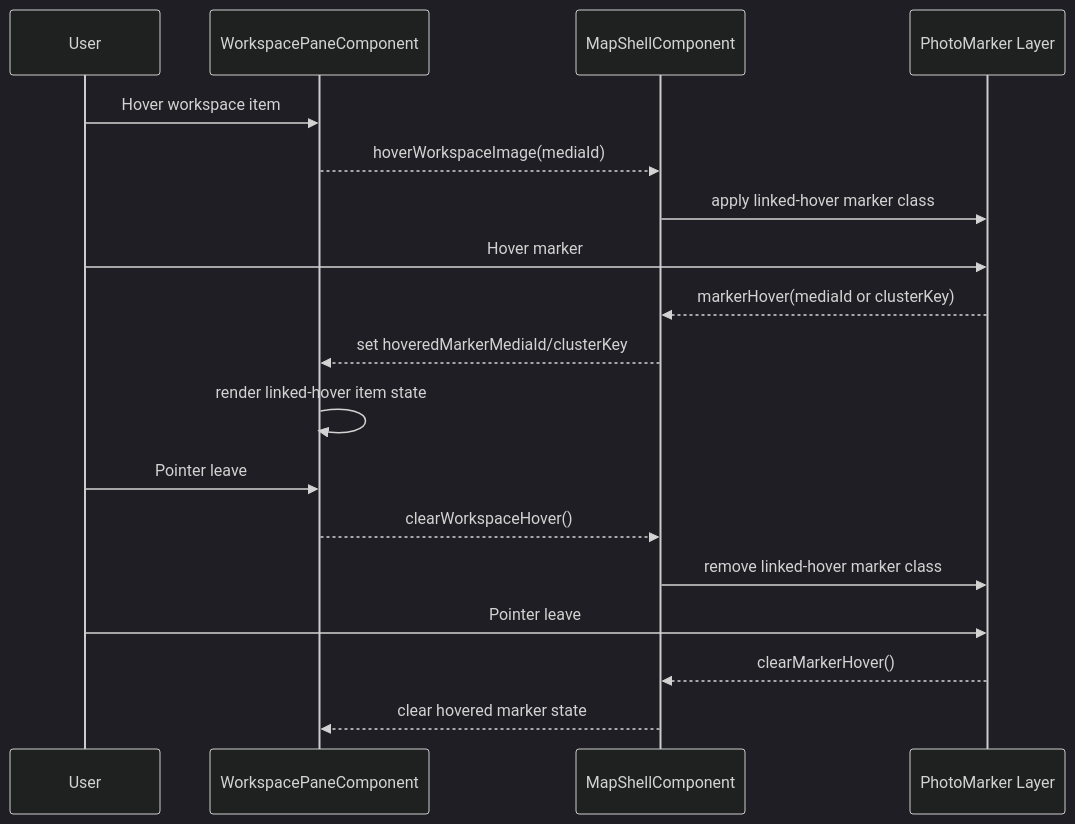
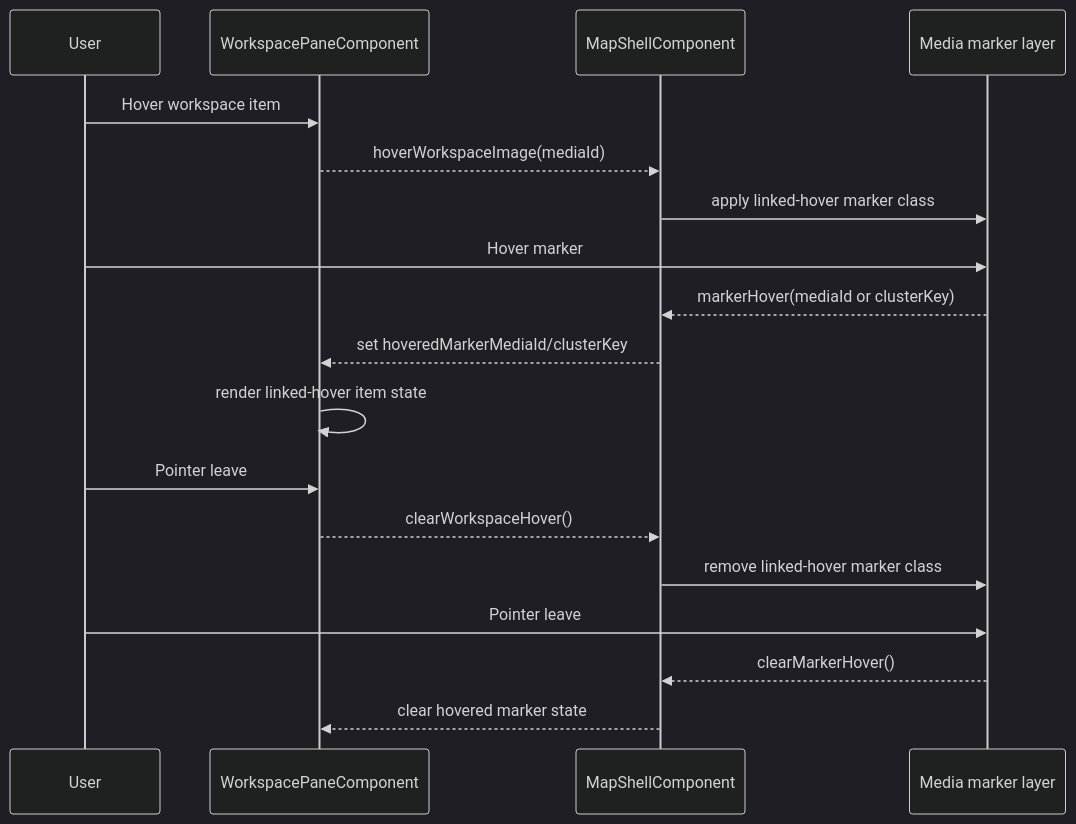
The fifth of 5 diagrams in docs/specs/ui/workspace/workspace-pane.md (matkleve/feldpost), drawn with Mermaid (dark theme) before and after one commit. The commit also changed other lines of this file and 45 other files, not shown here.

````diff
--- a/docs/specs/ui/workspace/workspace-pane.md
+++ b/docs/specs/ui/workspace/workspace-pane.md
@@ -250,24 +247,24 @@
 ```mermaid
 sequenceDiagram
   participant User
   participant Pane as WorkspacePaneComponent
   participant Shell as MapShellComponent
-  participant Markers as PhotoMarker Layer
+  participant Markers as Media marker layer
 
   User->>Pane: Hover workspace item
   Pane-->>Shell: hoverWorkspaceImage(mediaId)
   Shell->>Markers: apply linked-hover marker class
 
   User->>Markers: Hover marker
   Markers-->>Shell: markerHover(mediaId or clusterKey)
   Shell-->>Pane: set hoveredMarkerMediaId/clusterKey
   Pane->>Pane: render linked-hover item state
 
   User->>Pane: Pointer leave
   Pane-->>Shell: clearWorkspaceHover()
   Shell->>Markers: remove linked-hover marker class
 
   User->>Markers: Pointer leave
   Markers-->>Shell: clearMarkerHover()
   Shell-->>Pane: clear hovered marker state
 ```
````
